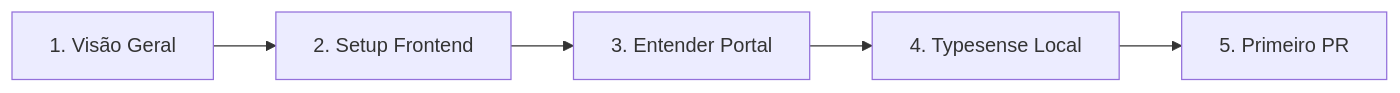
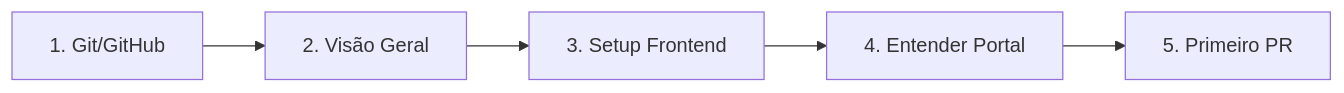
One commit to destaquesgovbr/docs changed the second of 2 diagrams in docs/onboarding/roteiro-onboarding.md. Above: the diagram before and after it, drawn with Mermaid. The commit also changed other lines of this file and 3 other files, not shown here.

First line of the commit message:
docs: add Git and GitHub onboarding documentation

````diff
--- a/docs/onboarding/roteiro-onboarding.md
+++ b/docs/onboarding/roteiro-onboarding.md
@@ -69,7 +82,7 @@
 ```mermaid
 flowchart LR
-    A[1. Visão Geral] --> B[2. Setup Frontend]
-    B --> C[3. Entender Portal]
-    C --> D[4. Typesense Local]
+    A[1. Git/GitHub] --> B[2. Visão Geral]
+    B --> C[3. Setup Frontend]
+    C --> D[4. Entender Portal]
     D --> E[5. Primeiro PR]
 ```
````
